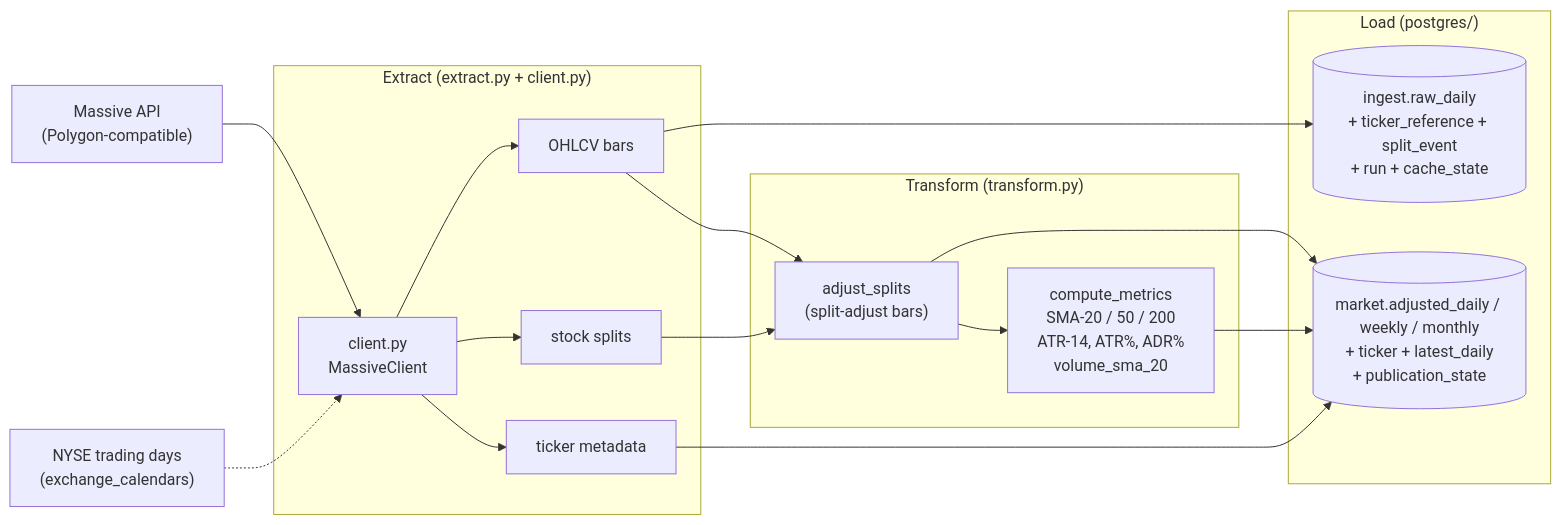
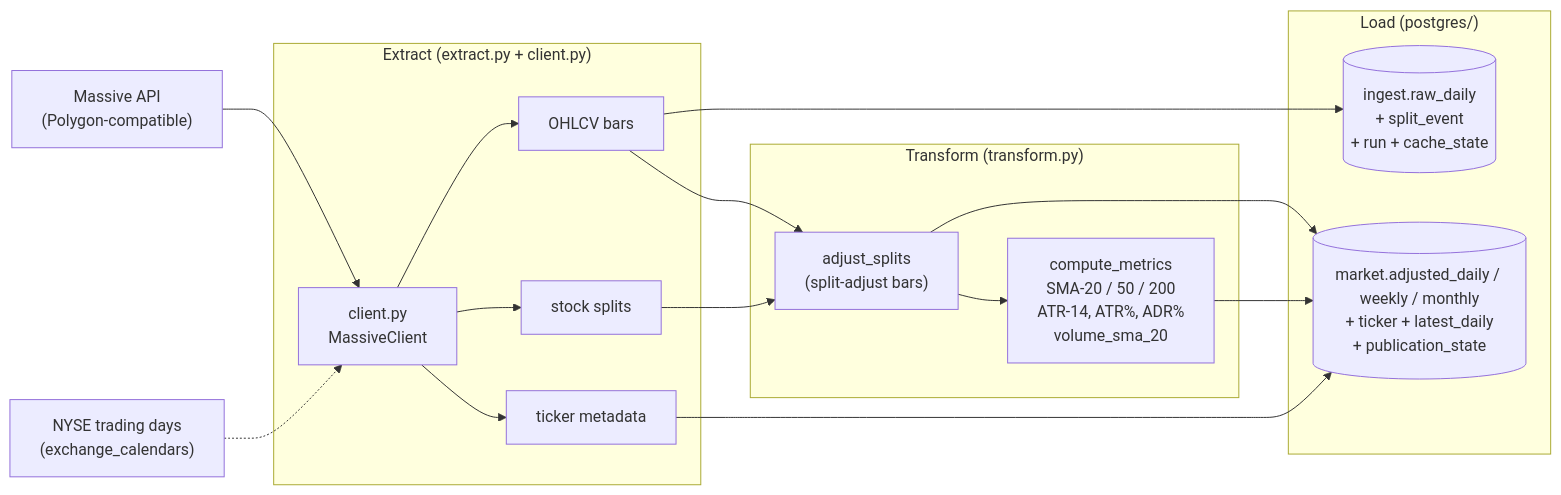
One commit to major/tickerlake changed the diagram in README.md. Above: the diagram before and after it, drawn with Mermaid. The commit also changed other lines of this file and 12 other files, not shown here.

First line of the commit message:
refactor(postgres): fold ingest.ticker_reference into market.ticker (#98)

````diff
--- a/README.md
+++ b/README.md
@@ -7,36 +7,36 @@
 ```mermaid
 flowchart LR
     API["Massive API<br/>(Polygon-compatible)"]
     Calendar["NYSE trading days<br/>(exchange_calendars)"]
 
     subgraph EX["Extract (extract.py + client.py)"]
         Client["client.py<br/>MassiveClient"]
         Bars["OHLCV bars"]
         Splits["stock splits"]
         Tickers["ticker metadata"]
     end
 
     subgraph TR["Transform (transform.py)"]
         Adjust["adjust_splits<br/>(split-adjust bars)"]
         Metrics["compute_metrics<br/>SMA-20 / 50 / 200<br/>ATR-14, ATR%, ADR%<br/>volume_sma_20"]
     end
 
     subgraph LD["Load (postgres/)"]
-        Raw[("ingest.raw_daily<br/>+ ticker_reference + split_event<br/>+ run + cache_state")]
+        Raw[("ingest.raw_daily<br/>+ split_event<br/>+ run + cache_state")]
         Consumer[("market.adjusted_daily / weekly / monthly<br/>+ ticker + latest_daily<br/>+ publication_state")]
     end
 
     API --> Client
     Calendar -.-> Client
     Client --> Bars
     Client --> Splits
     Client --> Tickers
 
     Bars --> Raw
     Bars --> Adjust
     Splits --> Adjust
     Adjust --> Metrics
     Adjust --> Consumer
     Metrics --> Consumer
     Tickers --> Consumer
 ```
````
